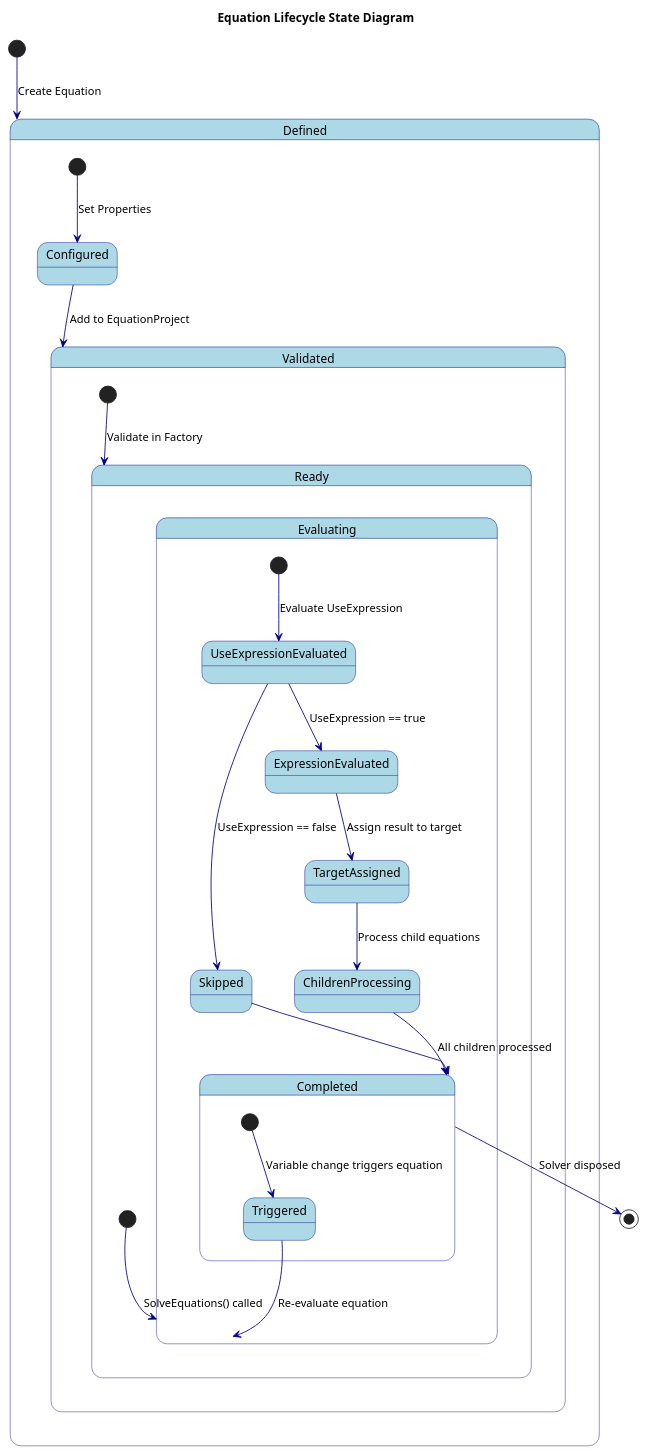
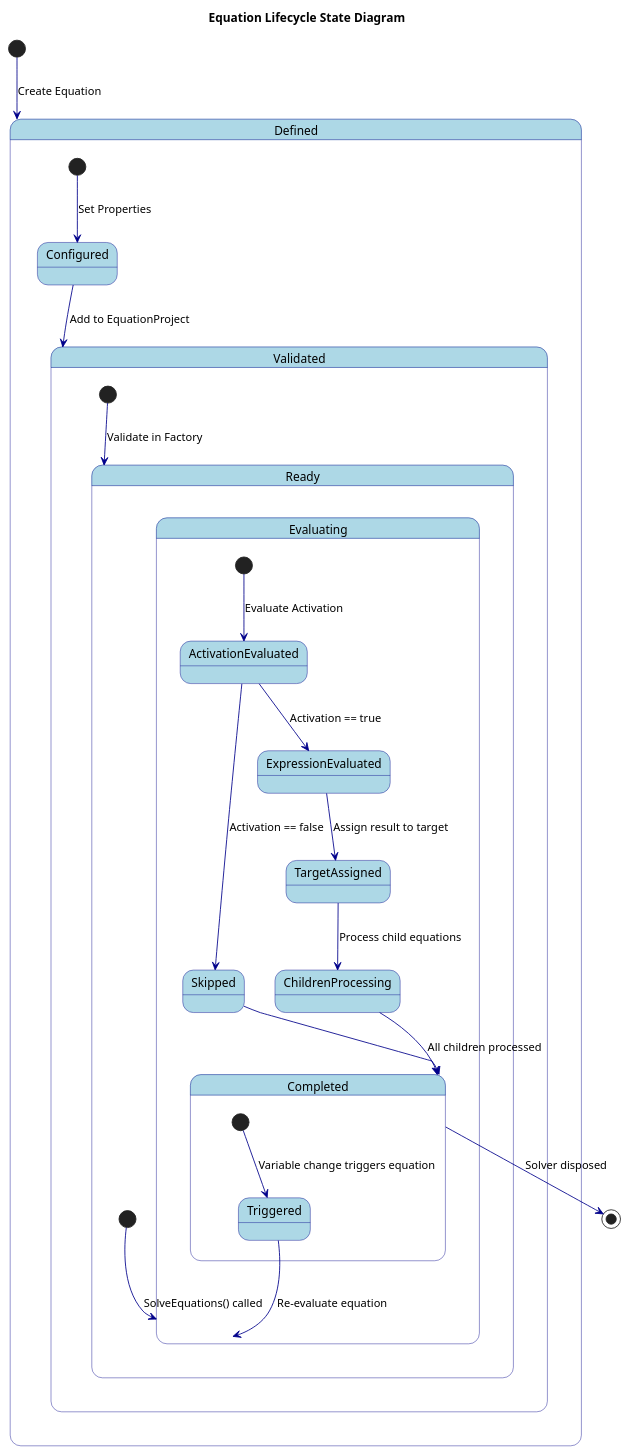
The diagram in plantuml/state_diagram.puml (JeffBramlett/EquationSolvr), drawn with PlantUML before and after one commit. The commit also changed 8 other files, not shown here.

Commit message:
Update PlantUML diagrams: rename UseExpression to Activation and add new diagrams

```diff
--- a/plantuml/state_diagram.puml
+++ b/plantuml/state_diagram.puml
@@ -1,41 +1,41 @@
 @startuml EquationSolver State Diagram
 
 skinparam stateBorderColor DarkBlue
 skinparam stateBackgroundColor LightBlue
 skinparam stateArrowColor DarkBlue
 
 title Equation Lifecycle State Diagram
 
 [*] --> Defined : Create Equation
 
 state Defined {
   [*] --> Configured : Set Properties
   Configured --> Validated : Add to EquationProject
 }
 
 state Validated {
   [*] --> Ready : Validate in Factory
 }
 
 state Ready {
   [*] --> Evaluating : SolveEquations() called
 }
 
 state Evaluating {
-  [*] --> UseExpressionEvaluated : Evaluate UseExpression
-  UseExpressionEvaluated --> Skipped : UseExpression == false
-  UseExpressionEvaluated --> ExpressionEvaluated : UseExpression == true
+  [*] --> ActivationEvaluated : Evaluate Activation
+  ActivationEvaluated --> Skipped : Activation == false
+  ActivationEvaluated --> ExpressionEvaluated : Activation == true
   ExpressionEvaluated --> TargetAssigned : Assign result to target
   TargetAssigned --> ChildrenProcessing : Process child equations
   ChildrenProcessing --> Completed : All children processed
   Skipped --> Completed
 }
 
 state Completed {
   [*] --> Triggered : Variable change triggers equation
   Triggered --> Evaluating : Re-evaluate equation
 }
 
 Completed --> [*] : Solver disposed
 
 @enduml
```
